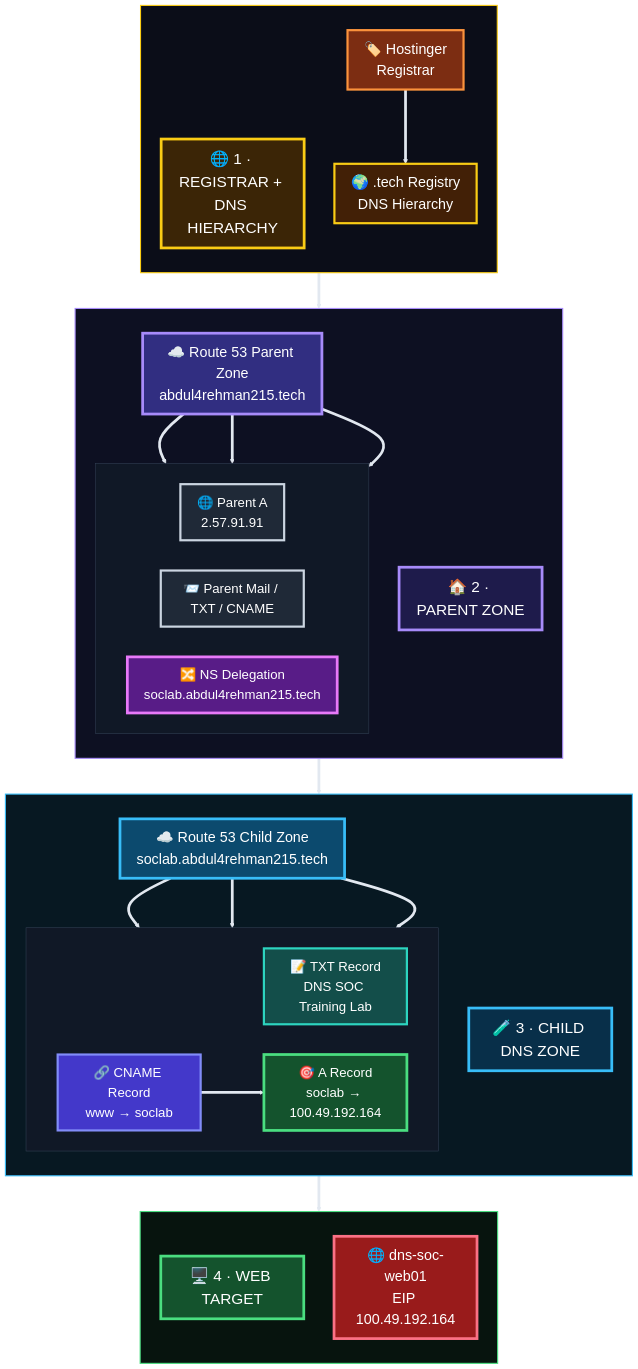
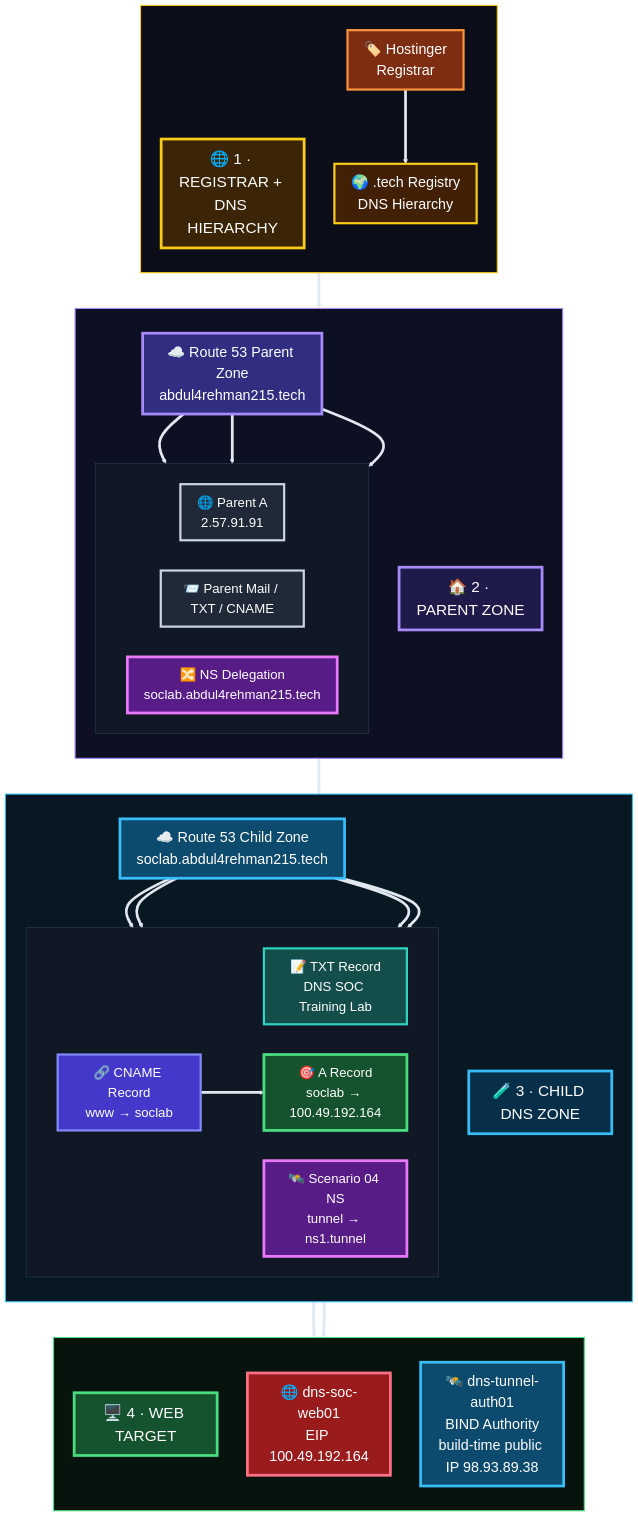
The diagram in 01-network-architecture/diagrams/dns-authority-delegation.mmd (DNSentinel-Lab/DNS-Lab-Infrastructure), drawn with Mermaid before and after one commit. The commit also changed 9 other files, not shown here.

```diff
--- a/01-network-architecture/diagrams/dns-authority-delegation.mmd
+++ b/01-network-architecture/diagrams/dns-authority-delegation.mmd
@@ -1,167 +1,173 @@
 %%{init: {
   "theme": "base",
   "themeVariables": {
     "background": "#050814",
     "fontSize": "26px",
     "primaryTextColor": "#ffffff",
     "lineColor": "#e2e8f0",
     "edgeLabelBackground": "#050814"
   },
   "flowchart": {
     "nodeSpacing": 55,
     "rankSpacing": 65,
     "curve": "basis"
   }
 }}%%
 
 flowchart TB
 
     %% =====================================================
     %% 1 · REGISTRAR + DNS HIERARCHY
     %% =====================================================
     subgraph ROOT[" "]
         direction TB
 
         RH["🌐 1 · REGISTRAR + DNS HIERARCHY"]
 
         Registrar["🏷️ Hostinger<br/>Registrar"]
         TLD["🌍 .tech Registry<br/>DNS Hierarchy"]
 
         Registrar ==> TLD
     end
 
 
     %% =====================================================
     %% 2 · PARENT ZONE
     %% =====================================================
     subgraph PARENT[" "]
         direction TB
 
         PH["🏠 2 · PARENT ZONE"]
 
         Parent["☁️ Route 53 Parent Zone<br/>abdul4rehman215.tech"]
 
         subgraph PREC[" "]
             direction LR
 
             ParentSite["🌐 Parent A<br/>2.57.91.91"]
             ParentMail["📨 Parent Mail / TXT / CNAME"]
             ChildNS["🔀 NS Delegation<br/>soclab.abdul4rehman215.tech"]
         end
 
         Parent ==> ParentSite
         Parent ==> ParentMail
         Parent ==> ChildNS
     end
 
 
     %% =====================================================
     %% 3 · CHILD / LAB ZONE
     %% =====================================================
     subgraph CHILD[" "]
         direction TB
 
         CH["🧪 3 · CHILD DNS ZONE"]
 
         Child["☁️ Route 53 Child Zone<br/>soclab.abdul4rehman215.tech"]
 
         subgraph CREC[" "]
             direction LR
 
             TXT["📝 TXT Record<br/>DNS SOC Training Lab"]
             Apex["🎯 A Record<br/>soclab → 100.49.192.164"]
             WWW["🔗 CNAME Record<br/>www → soclab"]
+            TunnelNS["🛰️ Scenario 04 NS<br/>tunnel → ns1.tunnel"]
         end
 
         Child ==> TXT
         Child ==> Apex
         Child ==> WWW
+        Child ==> TunnelNS
         WWW ==> Apex
     end
 
 
     %% =====================================================
     %% 4 · WEB TARGET
     %% =====================================================
     subgraph TARGET[" "]
         direction TB
 
         TH["🖥️ 4 · WEB TARGET"]
 
         Web["🌐 dns-soc-web01<br/>EIP 100.49.192.164"]
+        TunnelAuth["🛰️ dns-tunnel-auth01<br/>BIND Authority<br/>build-time public IP 98.93.89.38"]
     end
 
 
     %% =====================================================
     %% MAIN FLOW
     %% =====================================================
     TLD ==> Parent
     ChildNS ==> Child
     Apex ==> Web
+    TunnelNS ==> TunnelAuth
 
 
     %% =====================================================
     %% PREMIUM HEADER STYLES
     %% =====================================================
     classDef rootHeader fill:#3b2506,stroke:#facc15,stroke-width:5px,color:#ffffff,font-size:28px;
     classDef parentHeader fill:#1e1b4b,stroke:#a78bfa,stroke-width:5px,color:#ffffff,font-size:28px;
     classDef childHeader fill:#082f49,stroke:#38bdf8,stroke-width:5px,color:#ffffff,font-size:28px;
     classDef targetHeader fill:#14532d,stroke:#4ade80,stroke-width:5px,color:#ffffff,font-size:28px;
 
     class RH rootHeader;
     class PH parentHeader;
     class CH childHeader;
     class TH targetHeader;
 
 
     %% =====================================================
     %% PREMIUM NODE STYLES
     %% =====================================================
     classDef registrar fill:#7c2d12,stroke:#fb923c,stroke-width:4px,color:#ffffff,font-size:26px;
     classDef registry fill:#422006,stroke:#facc15,stroke-width:4px,color:#ffffff,font-size:26px;
 
     classDef parent fill:#312e81,stroke:#a78bfa,stroke-width:5px,color:#ffffff,font-size:26px;
     classDef parentRec fill:#1f2937,stroke:#cbd5e1,stroke-width:4px,color:#ffffff,font-size:24px;
     classDef delegation fill:#581c87,stroke:#e879f9,stroke-width:5px,color:#ffffff,font-size:24px;
 
     classDef child fill:#0c4a6e,stroke:#38bdf8,stroke-width:5px,color:#ffffff,font-size:26px;
     classDef txt fill:#134e4a,stroke:#2dd4bf,stroke-width:4px,color:#ffffff,font-size:24px;
     classDef arec fill:#14532d,stroke:#4ade80,stroke-width:5px,color:#ffffff,font-size:24px;
     classDef cname fill:#4338ca,stroke:#818cf8,stroke-width:4px,color:#ffffff,font-size:24px;
 
     classDef web fill:#991b1b,stroke:#fb7185,stroke-width:5px,color:#ffffff,font-size:26px;
 
 
     %% =====================================================
     %% APPLY NODE STYLES
     %% =====================================================
     class Registrar registrar;
     class TLD registry;
 
     class Parent parent;
     class ParentSite,ParentMail parentRec;
     class ChildNS delegation;
 
     class Child child;
     class TXT txt;
     class Apex arec;
     class WWW cname;
+    class TunnelNS delegation;
 
     class Web web;
+    class TunnelAuth child;
 
 
     %% =====================================================
     %% GLOSSY CONTAINER PANELS
     %% =====================================================
     style ROOT fill:#0b0d18,stroke:#facc15,stroke-width:2px
     style PARENT fill:#0d1022,stroke:#a78bfa,stroke-width:2px
     style PREC fill:#101826,stroke:#334155,stroke-width:1px
     style CHILD fill:#071822,stroke:#38bdf8,stroke-width:2px
     style CREC fill:#101826,stroke:#334155,stroke-width:1px
     style TARGET fill:#07140e,stroke:#4ade80,stroke-width:2px
 
 
     %% =====================================================
     %% BRIGHT CONNECTORS
     %% =====================================================
     linkStyle default stroke:#e2e8f0,stroke-width:5px;
```
